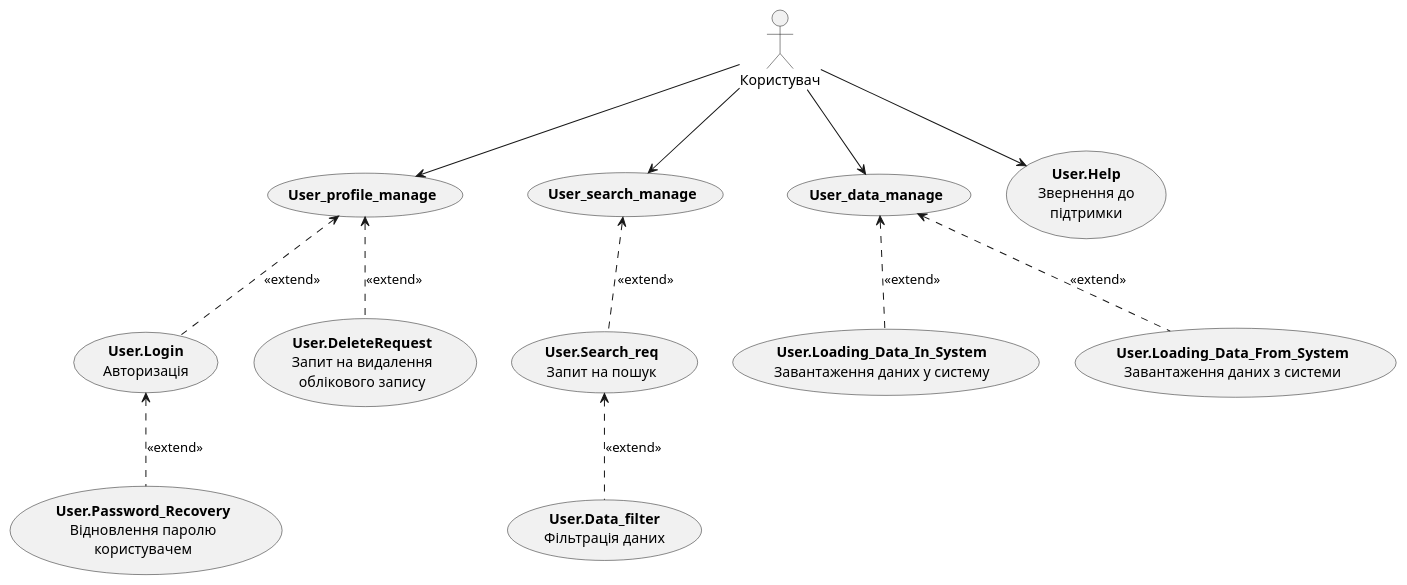
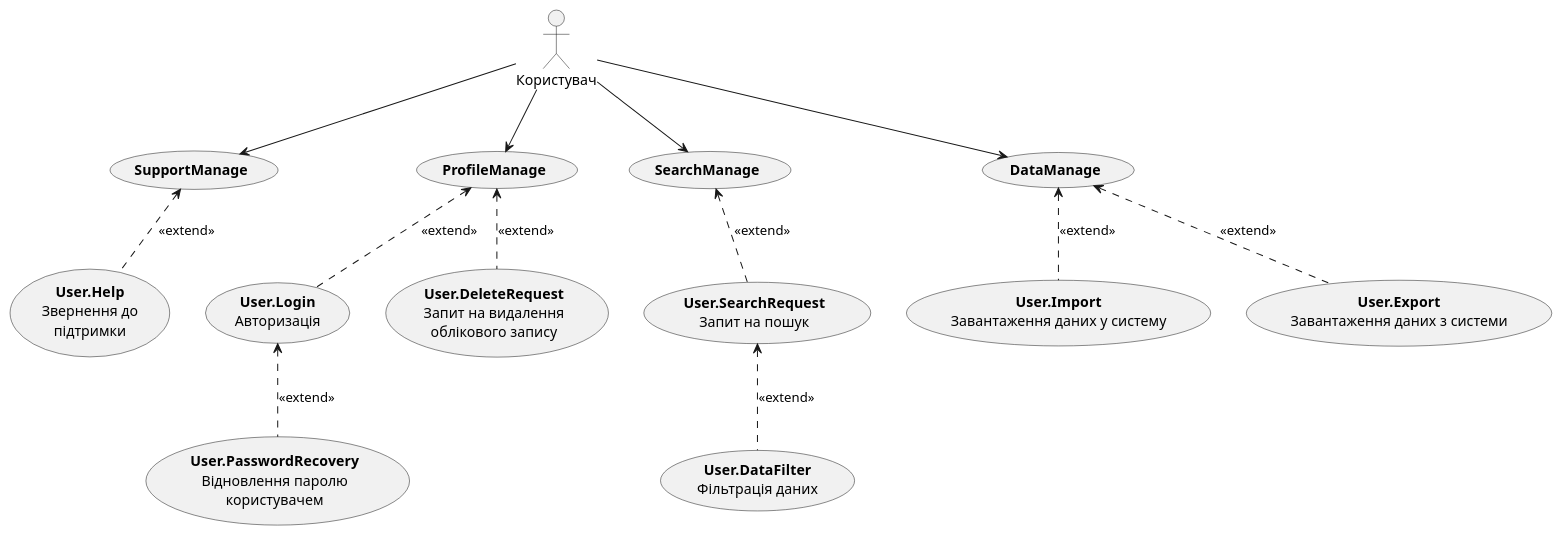
Before and after one commit to nonGratis/retarder-io-23-3-26: the third of 18 diagrams in docs/use cases/README.md, drawn with PlantUML. The commit also changed other lines of this file and 4 other files, not shown here.

```diff
--- a/docs/use cases/README.md
+++ b/docs/use cases/README.md
@@ -52,31 +52,36 @@
 @startuml
 
 actor "Користувач" as User
 
-usecase "<b>User_profile_manage</b>" as User_profile_manage
-usecase "<b>User_search_manage</b>" as User_search_manage
-usecase "<b>User_data_manage</b>" as User_data_manage
+usecase "<b>SupportManage</b>" as SupportManage
+usecase "<b>ProfileManage</b>" as ProfileManage
+usecase "<b>SearchManage</b>" as SearchManage
+usecase "<b>DataManage</b>" as DataManage
 
 usecase "<b>User.Help</b>\nЗвернення до\nпідтримки" as User.Help
 usecase "<b>User.Login</b>\nАвторизація" as User.Login
-usecase "<b>User.Password_Recovery</b>\nВідновлення паролю\nкористувачем" as User.Password_Recovery
+usecase "<b>User.PasswordRecovery</b>\nВідновлення паролю\nкористувачем" as User.PasswordRecovery
 usecase "<b>User.DeleteRequest</b>\nЗапит на видалення\nоблікового запису" as User.DeleteRequest
-usecase "<b>User.Search_req</b>\nЗапит на пошук" as User.Search_req
-usecase "<b>User.Data_filter</b>\nФільтрація даних" as User.Data_filter
-usecase "<b>User.Loading_Data_In_System</b>\nЗавантаження даних у систему" as User.Loading_Data_In_System
-usecase "<b>User.Loading_Data_From_System</b>\nЗавантаження даних з системи" as User.Loading_Data_From_System
 
-User --> User.Help
-User --> User_profile_manage
-User --> User_search_manage
-User --> User_data_manage
+usecase "<b>User.SearchRequest</b>\nЗапит на пошук" as User.SearchRequest
+usecase "<b>User.DataFilter</b>\nФільтрація даних" as User.DataFilter
+usecase "<b>User.Import</b>\nЗавантаження даних у систему" as User.Import
+usecase "<b>User.Export</b>\nЗавантаження даних з системи" as User.Export
 
-User_profile_manage <-[dashed]- User.Login : <<extend>>
-User.Login <-[dashed]- User.Password_Recovery : <<extend>>
-User_profile_manage <-[dashed]- User.DeleteRequest : <<extend>>
-User_search_manage <-[dashed]- User.Search_req : <<extend>>
-User.Search_req <-[dashed]- User.Data_filter : <<extend>>
-User_data_manage <-[dashed]- User.Loading_Data_In_System : <<extend>>
-User_data_manage <-[dashed]- User.Loading_Data_From_System : <<extend>>
+
+User --> SupportManage
+User --> ProfileManage
+User --> SearchManage
+User --> DataManage
+
+SupportManage <-[dashed]- User.Help : <<extend>>
+ProfileManage <-[dashed]- User.Login : <<extend>>
+
+User.Login <-[dashed]- User.PasswordRecovery : <<extend>>
+ProfileManage <-[dashed]- User.DeleteRequest : <<extend>>
+SearchManage <-[dashed]- User.SearchRequest : <<extend>>
+User.SearchRequest <-[dashed]- User.DataFilter : <<extend>>
+DataManage <-[dashed]- User.Import : <<extend>>
+DataManage <-[dashed]- User.Export : <<extend>>
 
 @enduml
```
